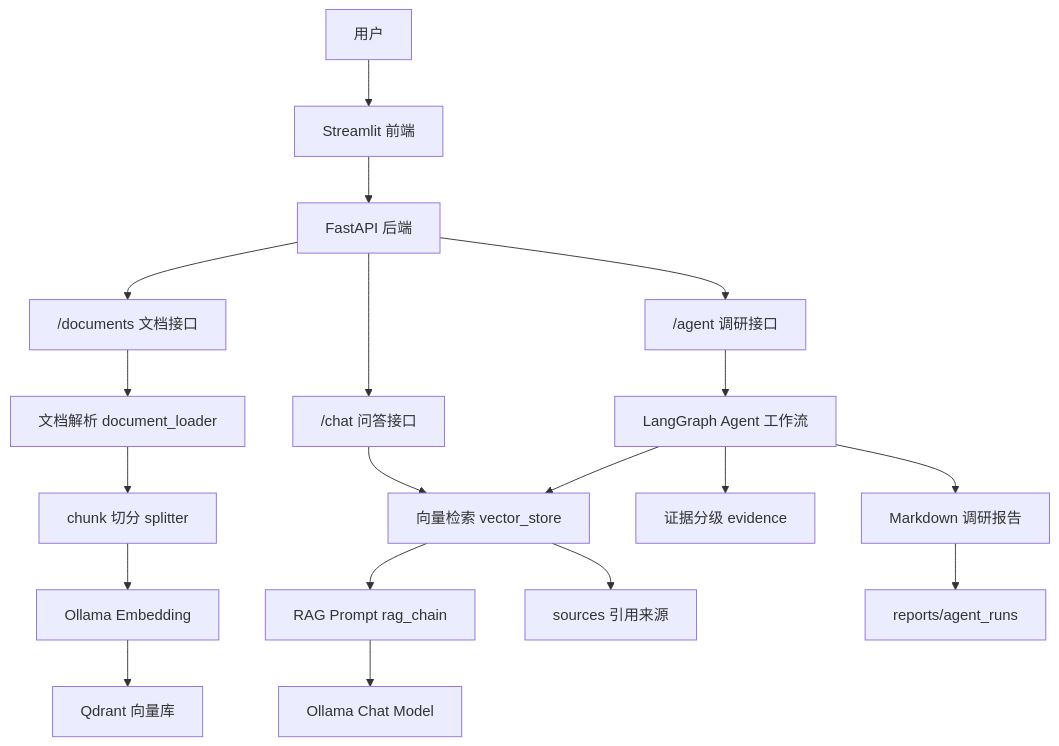
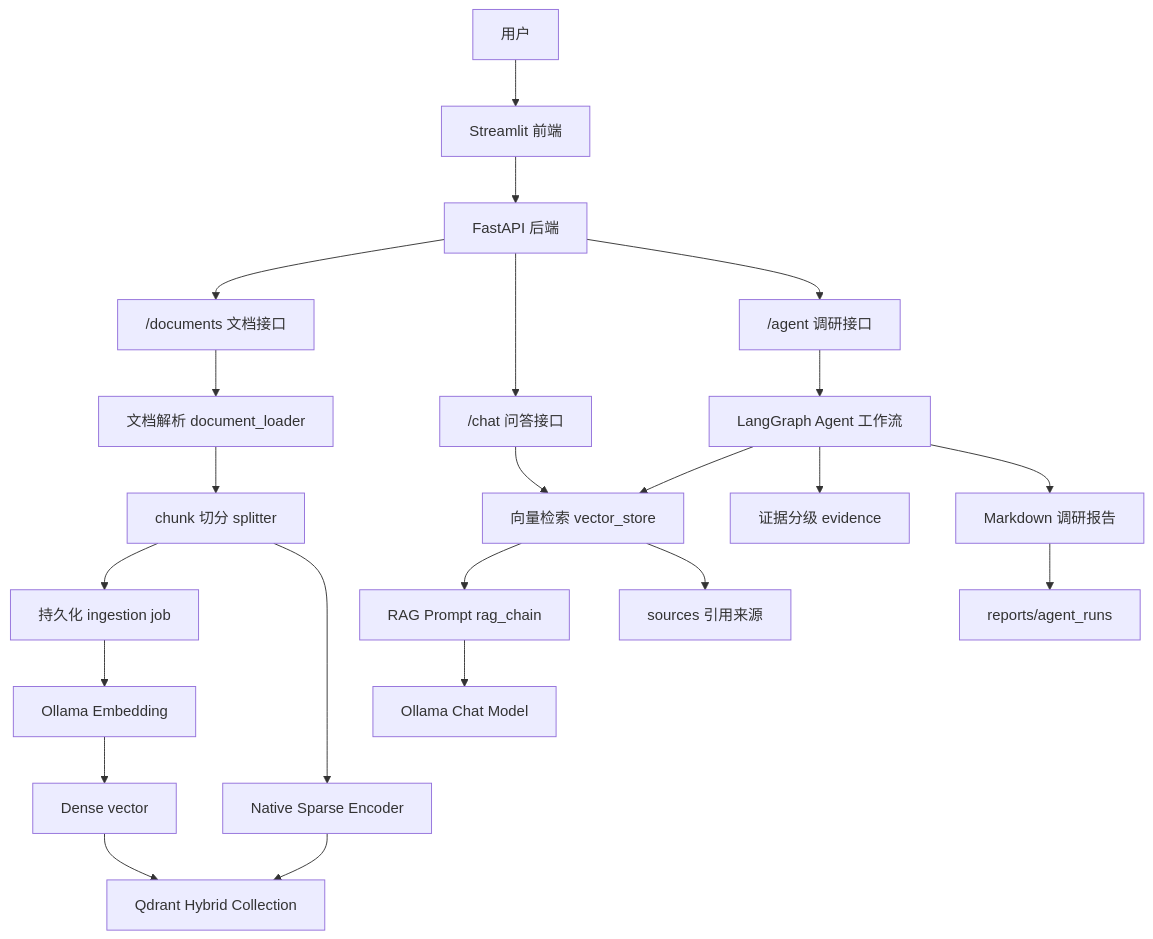
One commit to lazy0622/llm-paper-rag-assistant changed the first of 4 diagrams in docs/project_full_summary.md. Above: the diagram before and after it, drawn with Mermaid. The commit also changed other lines of this file and 32 other files, not shown here.

````diff
--- a/docs/project_full_summary.md
+++ b/docs/project_full_summary.md
@@ -30,25 +30,29 @@
 ```mermaid
 flowchart TD
     User["用户"] --> UI["Streamlit 前端"]
     UI --> API["FastAPI 后端"]
 
     API --> DocRouter["/documents 文档接口"]
     API --> ChatRouter["/chat 问答接口"]
     API --> AgentRouter["/agent 调研接口"]
 
     DocRouter --> Loader["文档解析 document_loader"]
     Loader --> Splitter["chunk 切分 splitter"]
-    Splitter --> Embed["Ollama Embedding"]
-    Embed --> Qdrant["Qdrant 向量库"]
+    Splitter --> Job["持久化 ingestion job"]
+    Job --> Embed["Ollama Embedding"]
+    Splitter --> Sparse["Native Sparse Encoder"]
+    Embed --> Dense["Dense vector"]
+    Dense --> Qdrant["Qdrant Hybrid Collection"]
+    Sparse --> Qdrant
 
     ChatRouter --> Search["向量检索 vector_store"]
     Search --> Prompt["RAG Prompt rag_chain"]
     Prompt --> LLM["Ollama Chat Model"]
     Search --> Sources["sources 引用来源"]
 
     AgentRouter --> Graph["LangGraph Agent 工作流"]
     Graph --> Search
     Graph --> Evidence["证据分级 evidence"]
     Graph --> Report["Markdown 调研报告"]
     Report --> RunStore["reports/agent_runs"]
 ```
````
